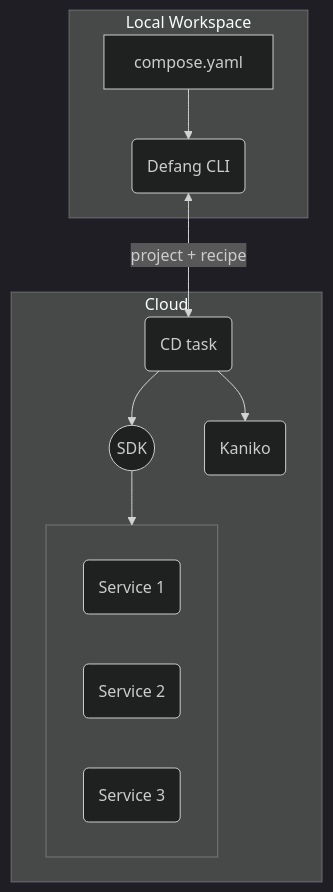
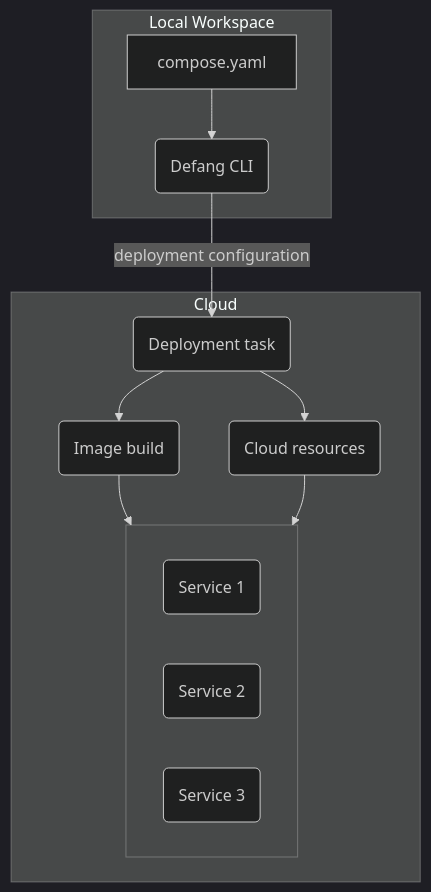
One commit to DefangLabs/defang-docs changed the diagram in docs/intro/how-it-works.mdx. Above: the diagram before and after it, drawn with Mermaid (dark theme). The commit also changed other lines of this file and 1 other file, not shown here.

First line of the commit message:
fix(docs): correct edit links and deployment overview (#459)

````diff
--- a/docs/intro/how-it-works.mdx
+++ b/docs/intro/how-it-works.mdx
@@ -23,28 +19,29 @@
 ```mermaid
 
 flowchart TD
   subgraph workspace["Local Workspace"]
     compose[compose.yaml]
     CLI("Defang CLI")
   end
 
   subgraph cloud["Cloud"]
-    sdk(("SDK"))
-    CD("CD task")
-    kaniko(Kaniko)
+    CD("Deployment task")
+    build("Image build")
+    resources("Cloud resources")
 
     subgraph services[" "]
       service1("Service 1")
       service2("Service 2")
       service3("Service 3")
     end
   end
 
 compose --> CLI
 
-CLI <-->|project + recipe| CD
-CD --> kaniko
-CD --> sdk
-sdk --> services
+CLI -->|deployment configuration| CD
+CD --> build
+CD --> resources
+build --> services
+resources --> services
 
 ```
````
